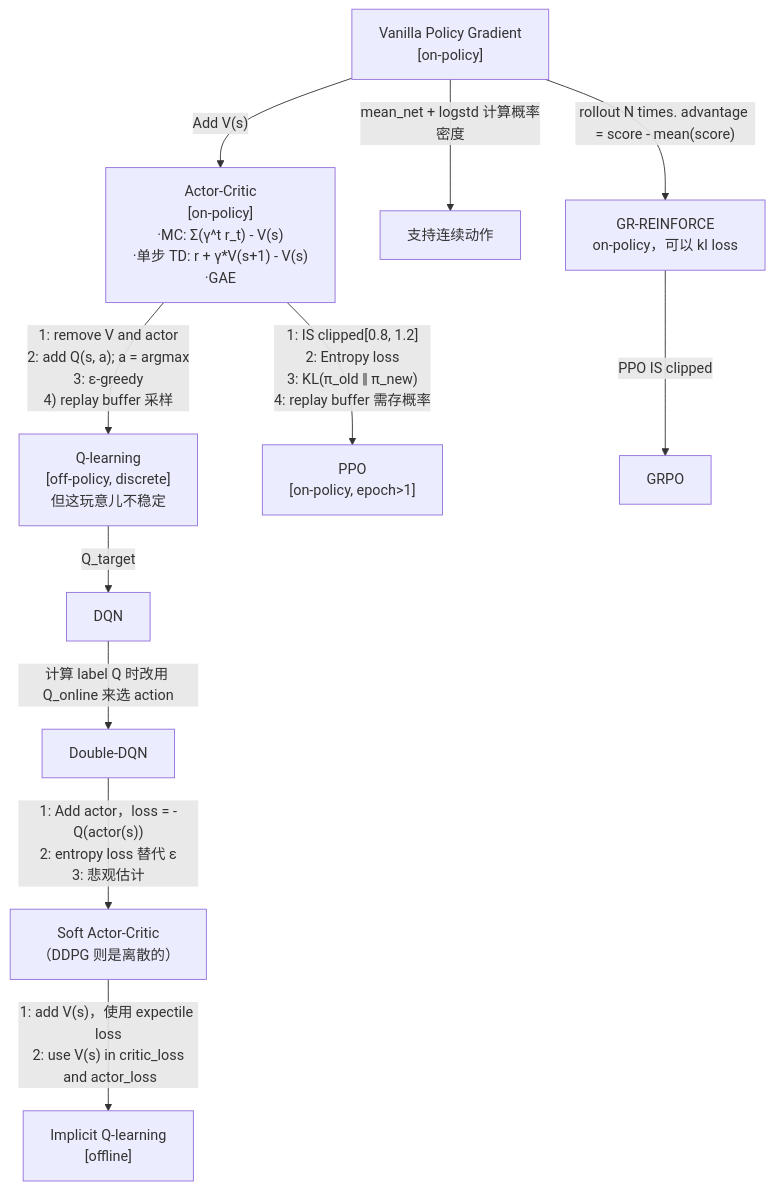
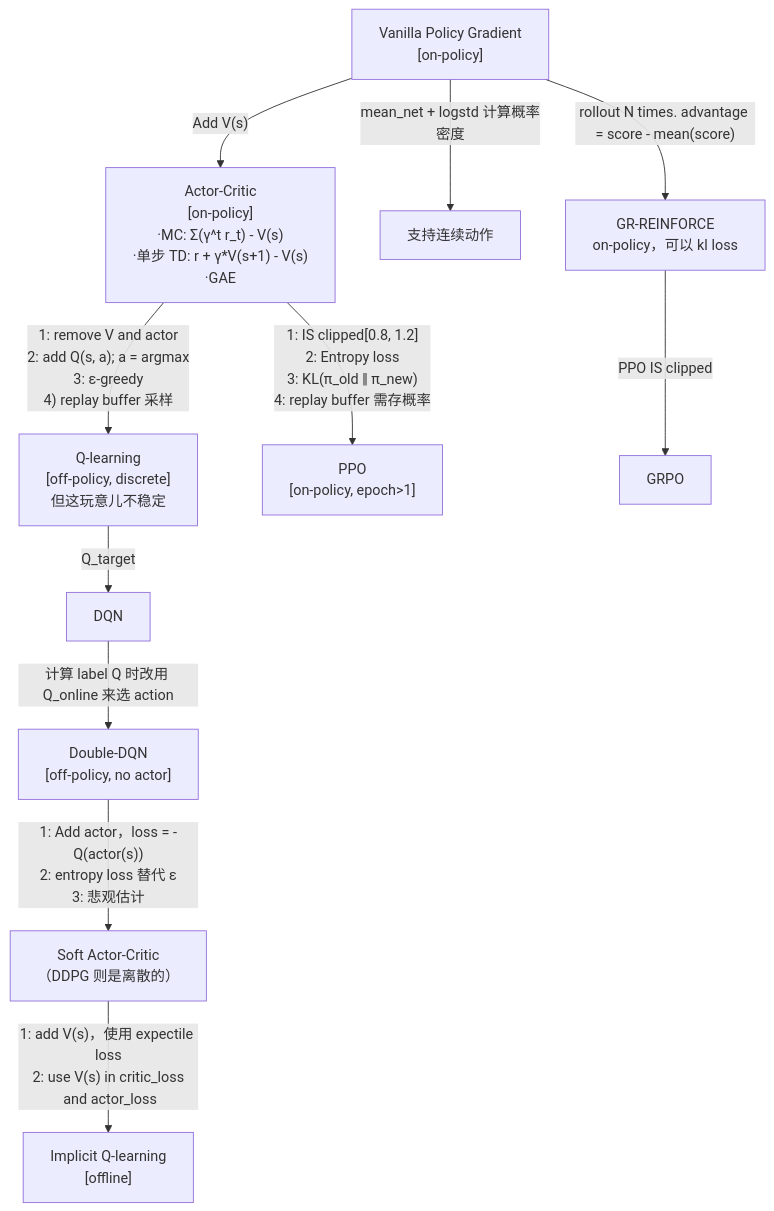
The diagram in 技术学习/285/285-0.md (julyfun/how-to), drawn with Mermaid before and after one commit. The commit also changed 1 other file, not shown here.

Commit message:
M 技术学习/285/285-0.md | M 技术学习/hrl/10-actor-critic算法.md

````diff
--- a/技术学习/285/285-0.md
+++ b/技术学习/285/285-0.md
@@ -11,14 +11,14 @@
 ```mermaid
 flowchart TD
     PG["Vanilla Policy Gradient<br>[on-policy]"] -->|"Add V(s)"| AC
     AC["Actor-Critic<br>[on-policy]<br>·MC: Σ(γ^t r_t) - V(s)<br>·单步 TD: r + γ*V(s+1) - V(s)<br>·GAE"]
     PG -->|"mean_net + logstd 计算概率密度"| cont[支持连续动作]
     AC -->|"1: remove V and actor<br>2: add Q(s, a); a = argmax<br>3: ε-greedy<br>4) replay buffer 采样"| Q-learning["Q-learning<br>[off-policy, discrete]<br>但这玩意儿不稳定"]
     Q-learning -->|"Q_target"| DQN
-    DQN -->|"计算 label Q 时改用 Q_online 来选 action"| Double-DQN
+    DQN -->|"计算 label Q 时改用 Q_online 来选 action"| Double-DQN["Double-DQN<br>[off-policy, no actor]"]
     Double-DQN -->|"1: Add actor，loss = -Q(actor(s))<br>2: entropy loss 替代 ε<br>3: 悲观估计"| SAC["Soft Actor-Critic<br>（DDPG 则是离散的）"]
     SAC -->|"1: add V(s)，使用 expectile loss<br>2: use V(s) in critic_loss<br> and actor_loss"| IQL["Implicit Q-learning<br>[offline]"]
     AC -->|"1: IS clipped[0.8, 1.2]<br>2: Entropy loss<br>3: KL(π_old ‖ π_new)<br>4: replay buffer 需存概率"| PPO["PPO<br>[on-policy, epoch>1]"]
     PG -->|"rollout N times. advantage = score - mean(score)"| GR["GR-REINFORCE<br>on-policy，可以 kl loss"]
     GR -->|"PPO IS clipped"| GRPO
 ```
````
